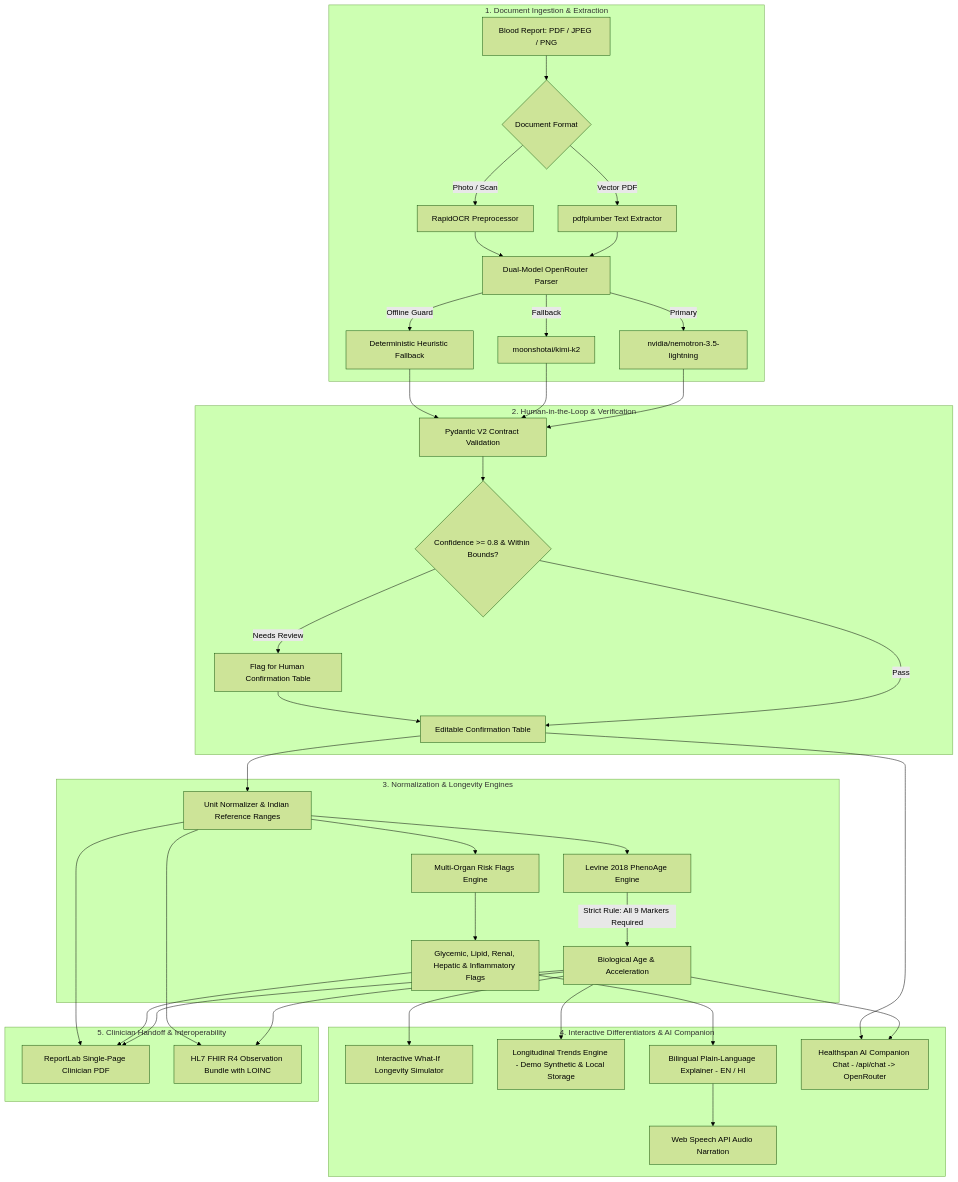
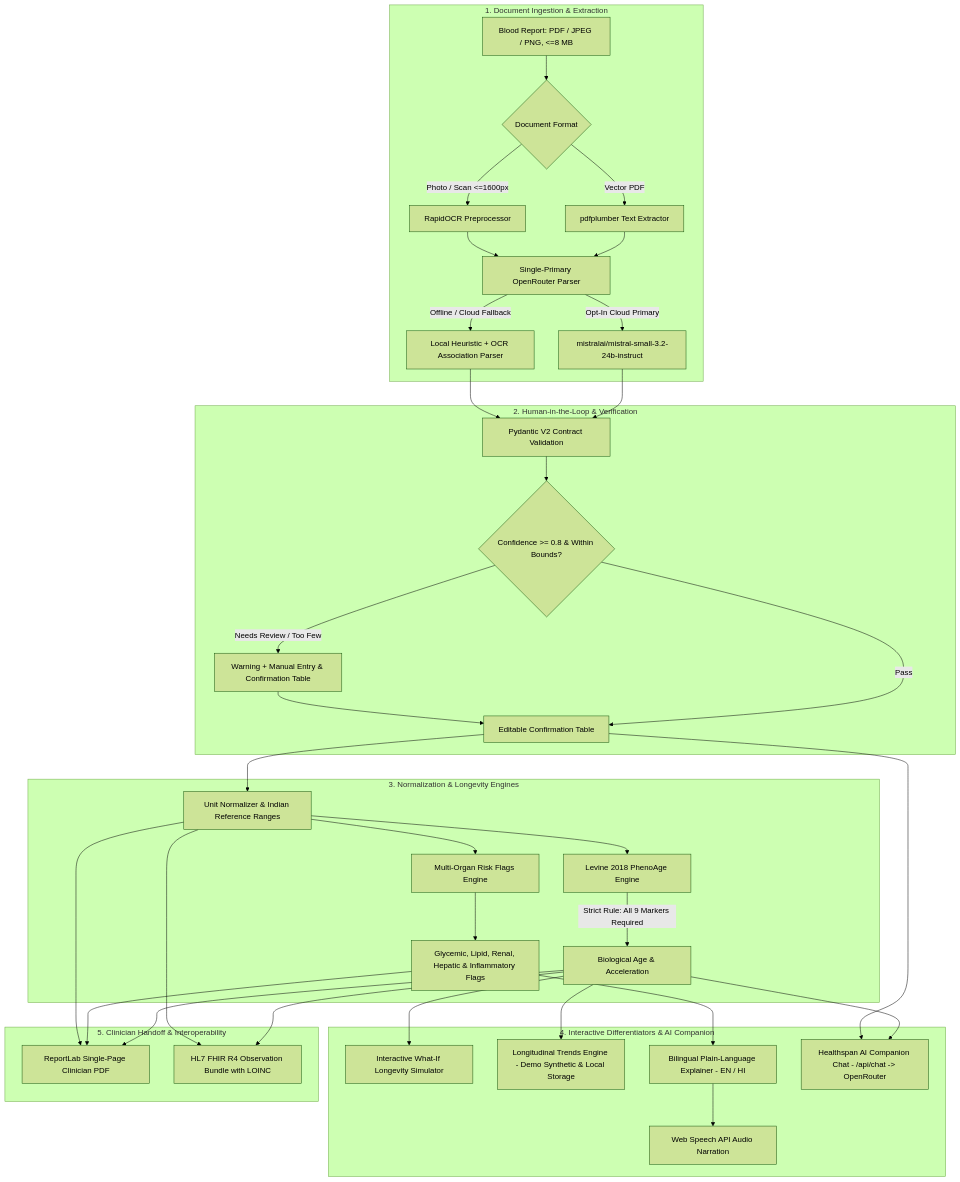
Before and after one commit to SanchitKRai/Healthspan-Passport: the diagram in README.md, drawn with Mermaid (forest theme). The commit also changed other lines of this file and 21 other files, not shown here.

Commit message:
Task 5: switch to mistral-small-3.2, improve local OCR parser, cap 1600px/8MB OCR RAM, and add failure/manual UX

````diff
--- a/README.md
+++ b/README.md
@@ -15,44 +15,42 @@
 ```mermaid
 flowchart TD
     subgraph INGESTION["1. Document Ingestion & Extraction"]
-        A[Blood Report: PDF / JPEG / PNG] --> B{Document Format}
+        A[Blood Report: PDF / JPEG / PNG, <=8 MB] --> B{Document Format}
         B -->|Vector PDF| C[pdfplumber Text Extractor]
-        B -->|Photo / Scan| D[RapidOCR Preprocessor]
-        C --> E[Dual-Model OpenRouter Parser]
+        B -->|Photo / Scan <=1600px| D[RapidOCR Preprocessor]
+        C --> E[Single-Primary OpenRouter Parser]
         D --> E
-        E -->|Primary| F[nvidia/nemotron-3.5-lightning]
-        E -->|Fallback| G[moonshotai/kimi-k2]
-        E -->|Offline Guard| H[Deterministic Heuristic Fallback]
+        E -->|Opt-In Cloud Primary| F[mistralai/mistral-small-3.2-24b-instruct]
+        E -->|Offline / Cloud Fallback| H[Local Heuristic + OCR Association Parser]
     end
 
     subgraph SAFETY["2. Human-in-the-Loop & Verification"]
         F --> I[Pydantic V2 Contract Validation]
-        G --> I
         H --> I
         I --> J{Confidence >= 0.8 & Within Bounds?}
-        J -->|Needs Review| K[Flag for Human Confirmation Table]
+        J -->|Needs Review / Too Few| K[Warning + Manual Entry & Confirmation Table]
         J -->|Pass| L[Editable Confirmation Table]
         K --> L
     end
 
     subgraph ENGINES["3. Normalization & Longevity Engines"]
         L --> M[Unit Normalizer & Indian Reference Ranges]
         M --> N[Levine 2018 PhenoAge Engine]
         M --> O[Multi-Organ Risk Flags Engine]
         N -->|Strict Rule: All 9 Markers Required| P[Biological Age & Acceleration]
         O --> Q[Glycemic, Lipid, Renal, Hepatic & Inflammatory Flags]
     end
 
     subgraph DIFFERENTIATORS["4. Interactive Differentiators & AI Companion"]
         P --> R[Interactive What-If Longevity Simulator]
         P --> S[Longitudinal Trends Engine - Demo Synthetic & Local Storage]
         Q --> T[Bilingual Plain-Language Explainer - EN / HI]
         T --> U[Web Speech API Audio Narration]
         P & L --> X[Healthspan AI Companion Chat - /api/chat -> OpenRouter]
     end
 
     subgraph HANDOFF["5. Clinician Handoff & Interoperability"]
         P & Q & M --> V[ReportLab Single-Page Clinician PDF]
         P & M --> W[HL7 FHIR R4 Observation Bundle with LOINC]
     end
 ```
````
